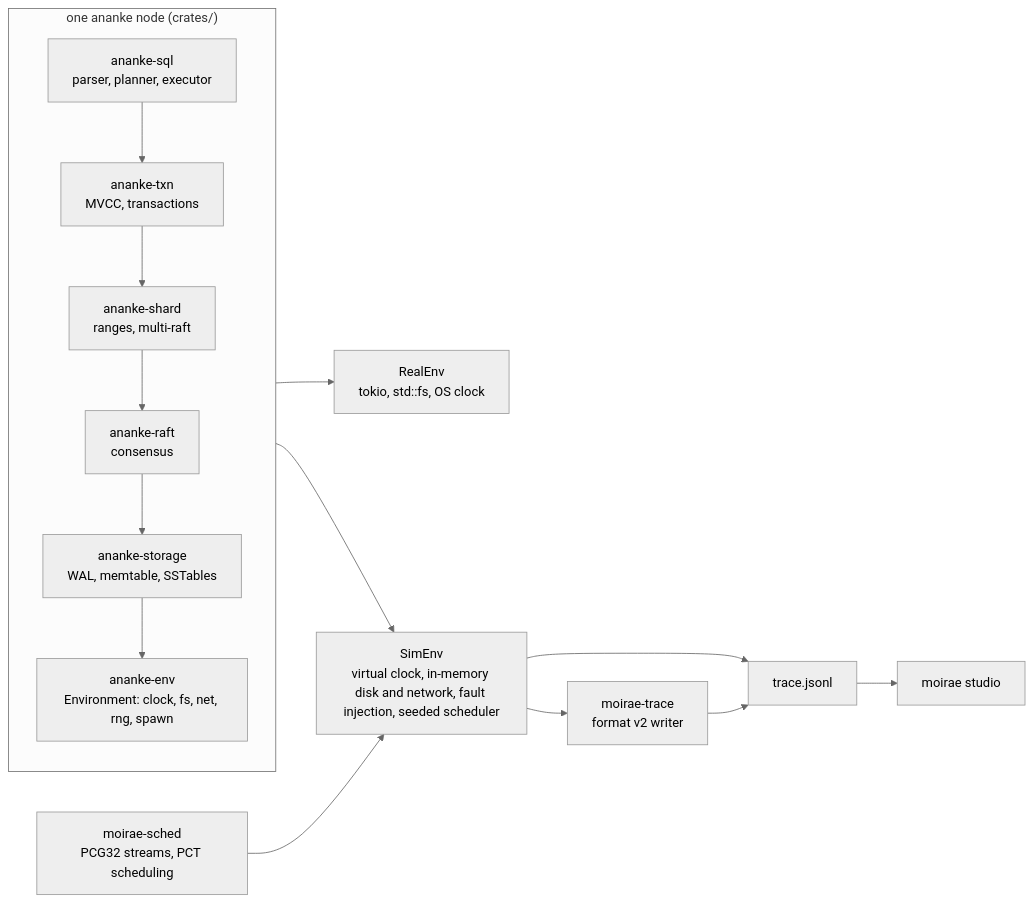
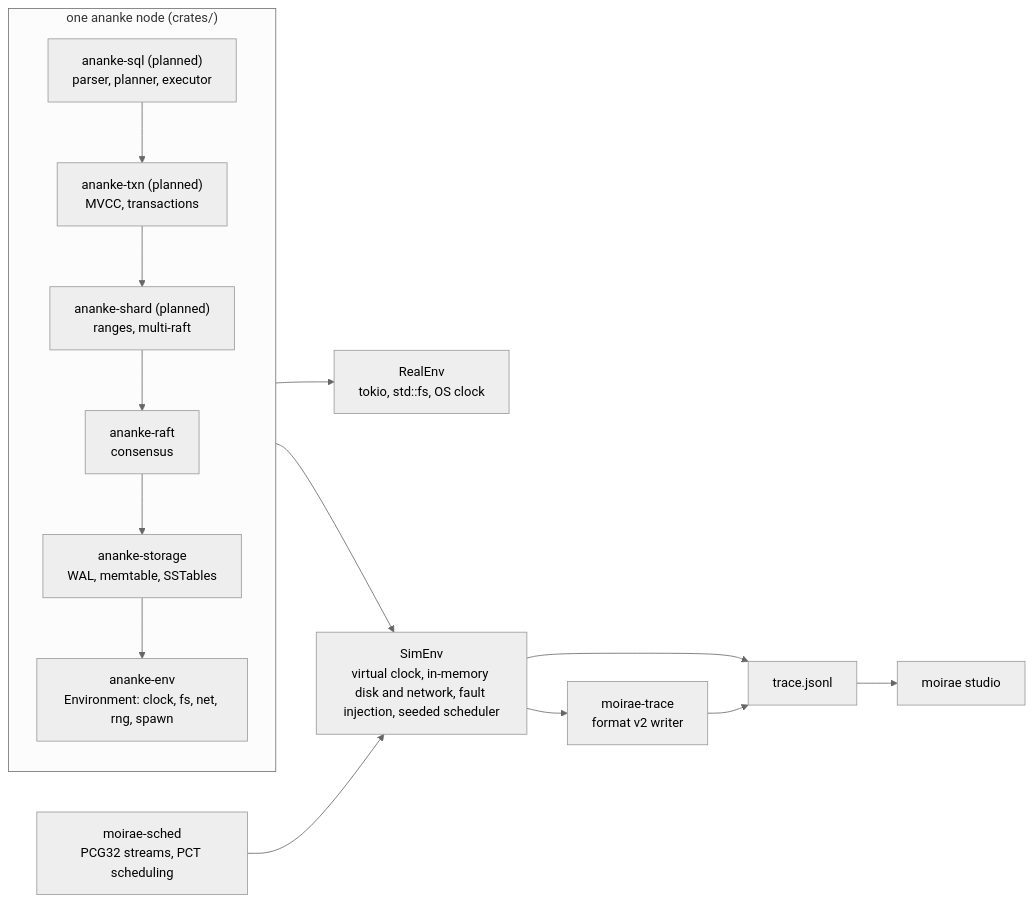
One commit to pchrysostomou/ananke changed the diagram in README.md. Above: the diagram before and after it, drawn with Mermaid (neutral theme). The commit also changed other lines of this file and 7 other files, not shown here.

````diff
--- a/README.md
+++ b/README.md
@@ -21,18 +22,18 @@
 ```mermaid
 flowchart LR
   subgraph node["one ananke node (crates/)"]
     direction TB
-    sql["ananke-sql<br/>parser, planner, executor"] --> txn["ananke-txn<br/>MVCC, transactions"]
-    txn --> shard["ananke-shard<br/>ranges, multi-raft"]
+    sql["ananke-sql (planned)<br/>parser, planner, executor"] --> txn["ananke-txn (planned)<br/>MVCC, transactions"]
+    txn --> shard["ananke-shard (planned)<br/>ranges, multi-raft"]
     shard --> raft["ananke-raft<br/>consensus"]
     raft --> storage["ananke-storage<br/>WAL, memtable, SSTables"]
     storage --> env["ananke-env<br/>Environment: clock, fs, net, rng, spawn"]
   end
   env --> real["RealEnv<br/>tokio, std::fs, OS clock"]
   env --> sim["SimEnv<br/>virtual clock, in-memory disk and network, fault injection, seeded scheduler"]
   sim --> trace["trace.jsonl"]
   trace --> studio["moirae studio"]
   sched["moirae-sched<br/>PCG32 streams, PCT scheduling"] --> sim
   sim --> wtrace["moirae-trace<br/>format v2 writer"]
   wtrace --> trace
 ```
````
